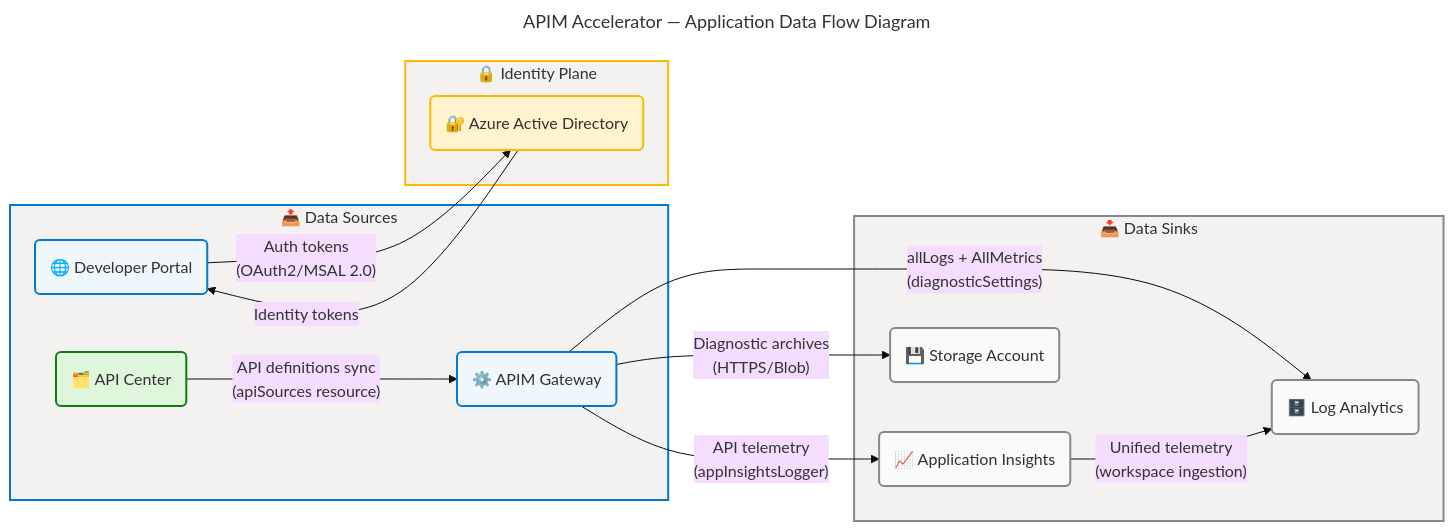
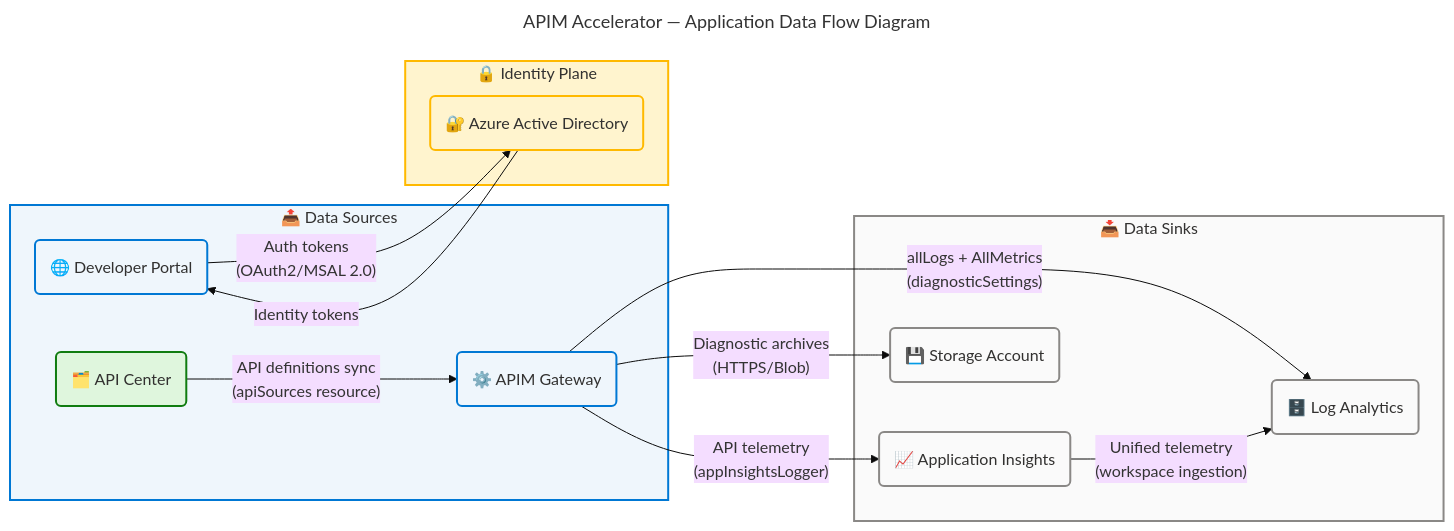
Before and after one commit to Evilazaro/APIM-Accelerator: the eighth of 8 diagrams in docs/architecture/application-architecture.md, drawn with Mermaid. The commit also changed other lines of this file, not shown here.

Commit message:
style: update flowchart colors for consistency and improved clarity in application architecture diagrams

````diff
--- a/docs/architecture/application-architecture.md
+++ b/docs/architecture/application-architecture.md
@@ -1307,60 +1307,60 @@
 ```mermaid
 ---
 title: "APIM Accelerator — Application Data Flow Diagram"
 config:
   theme: base
   look: classic
   layout: dagre
   themeVariables:
     fontSize: '16px'
   flowchart:
     htmlLabels: true
 ---
 flowchart LR
     accTitle: APIM Accelerator Application Data Flow Diagram
     accDescr: Data flow diagram showing runtime and deploy-time data movements between application services including diagnostic streams telemetry flows API catalog synchronization and authentication token flows
 
     %% ═══════════════════════════════════════════════════════════════════════════
     %% AZURE / FLUENT ARCHITECTURE PATTERN v1.1
     %% (Semantic + Structural + Font + Accessibility Governance)
     %% ═══════════════════════════════════════════════════════════════════════════
     %% PHASE 1 - FLUENT UI: All styling uses approved Fluent UI palette only
     %% PHASE 2 - GROUPS: Every subgraph has semantic color via style directive
     %% PHASE 3 - COMPONENTS: Every node has semantic classDef + icon prefix
     %% PHASE 4 - ACCESSIBILITY: accTitle/accDescr present, WCAG AA contrast
     %% PHASE 5 - STANDARD: Governance block present, classDefs centralized
     %% ═══════════════════════════════════════════════════════════════════════════
 
     subgraph SOURCES["📤 Data Sources"]
         APIM("⚙️ APIM Gateway"):::core
         PORTAL("🌐 Developer Portal"):::core
         APIC("🗂️ API Center"):::success
     end
 
     subgraph SINKS["📥 Data Sinks"]
         LAW("🗄️ Log Analytics"):::neutral
         APPINS("📈 Application Insights"):::neutral
         SA("💾 Storage Account"):::neutral
     end
 
     subgraph IDENTITY["🔒 Identity Plane"]
         AD("🔐 Azure Active Directory"):::warning
     end
 
     APIM -->|"allLogs + AllMetrics<br>(diagnosticSettings)"| LAW
     APIM -->|"API telemetry<br>(appInsightsLogger)"| APPINS
     APIM -->|"Diagnostic archives<br>(HTTPS/Blob)"| SA
     APPINS -->|"Unified telemetry<br>(workspace ingestion)"| LAW
     PORTAL -->|"Auth tokens<br>(OAuth2/MSAL 2.0)"| AD
     AD -->|"Identity tokens"| PORTAL
     APIC -->|"API definitions sync<br>(apiSources resource)"| APIM
 
     classDef neutral fill:#FAFAFA,stroke:#8A8886,stroke-width:2px,color:#323130
     classDef core fill:#EFF6FC,stroke:#0078D4,stroke-width:2px,color:#323130
     classDef success fill:#DFF6DD,stroke:#107C10,stroke-width:2px,color:#323130
     classDef warning fill:#FFF4CE,stroke:#FFB900,stroke-width:2px,color:#323130
 
-    style SOURCES fill:#F3F2F1,stroke:#0078D4,stroke-width:2px,color:#323130
-    style SINKS fill:#F3F2F1,stroke:#8A8886,stroke-width:2px,color:#323130
-    style IDENTITY fill:#F3F2F1,stroke:#FFB900,stroke-width:2px,color:#323130
+    style SOURCES fill:#EFF6FC,stroke:#0078D4,stroke-width:2px,color:#323130
+    style SINKS fill:#FAFAFA,stroke:#8A8886,stroke-width:2px,color:#323130
+    style IDENTITY fill:#FFF4CE,stroke:#FFB900,stroke-width:2px,color:#323130
 ```
````
